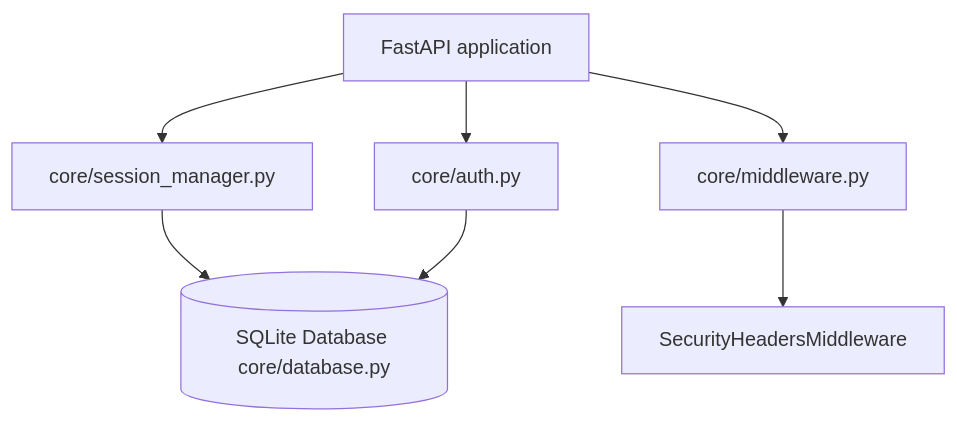
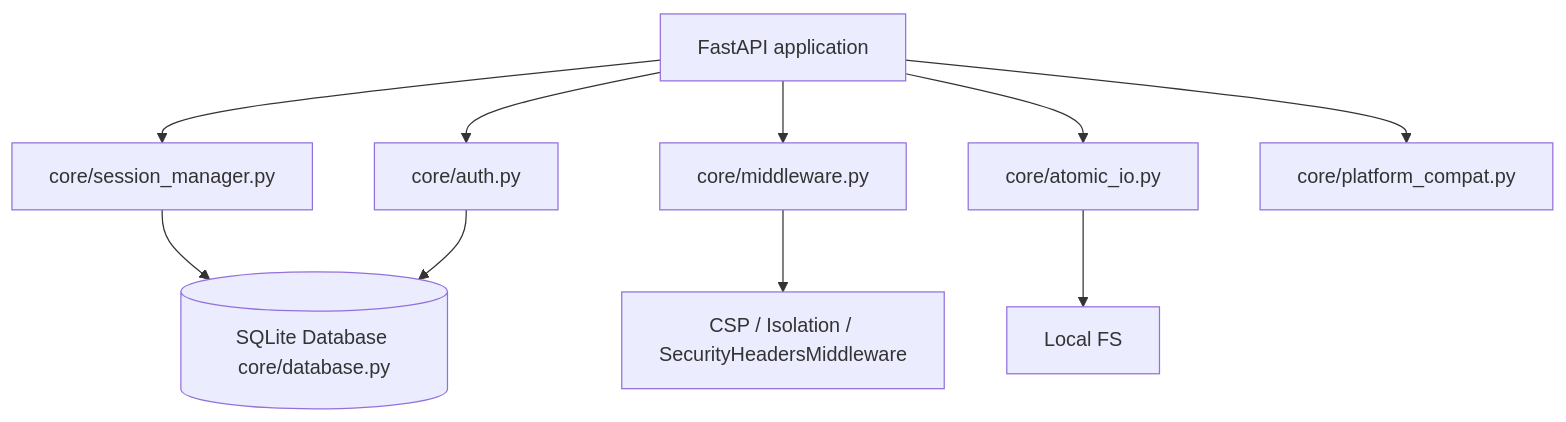
One commit to odysseus-dev/odysseus changed the seventh of 27 diagrams in docs/ARCHITECTURE.md. Above: the diagram before and after it, drawn with Mermaid. The commit also changed other lines of this file, not shown here.

First line of the commit message:
docs: Deduplicate and consolidate sections in ARCHITECTURE.md

````diff
--- a/docs/ARCHITECTURE.md
+++ b/docs/ARCHITECTURE.md
@@ -1372,9 +1301,12 @@
 ```mermaid
 graph TD
     App[FastAPI application] --> Auth[core/auth.py]
     App --> SessionMan[core/session_manager.py]
-    App --> Security[core/middleware.py]
+    App --> Middleware[core/middleware.py]
+    App --> IO[core/atomic_io.py]
+    App --> OS[core/platform_compat.py]
     SessionMan --> DB[(SQLite Database core/database.py)]
     Auth --> DB
-    Security --> Headers[SecurityHeadersMiddleware]
+    Middleware --> Security[CSP / Isolation / SecurityHeadersMiddleware]
+    IO --> Disk[Local FS]
 ```
````
